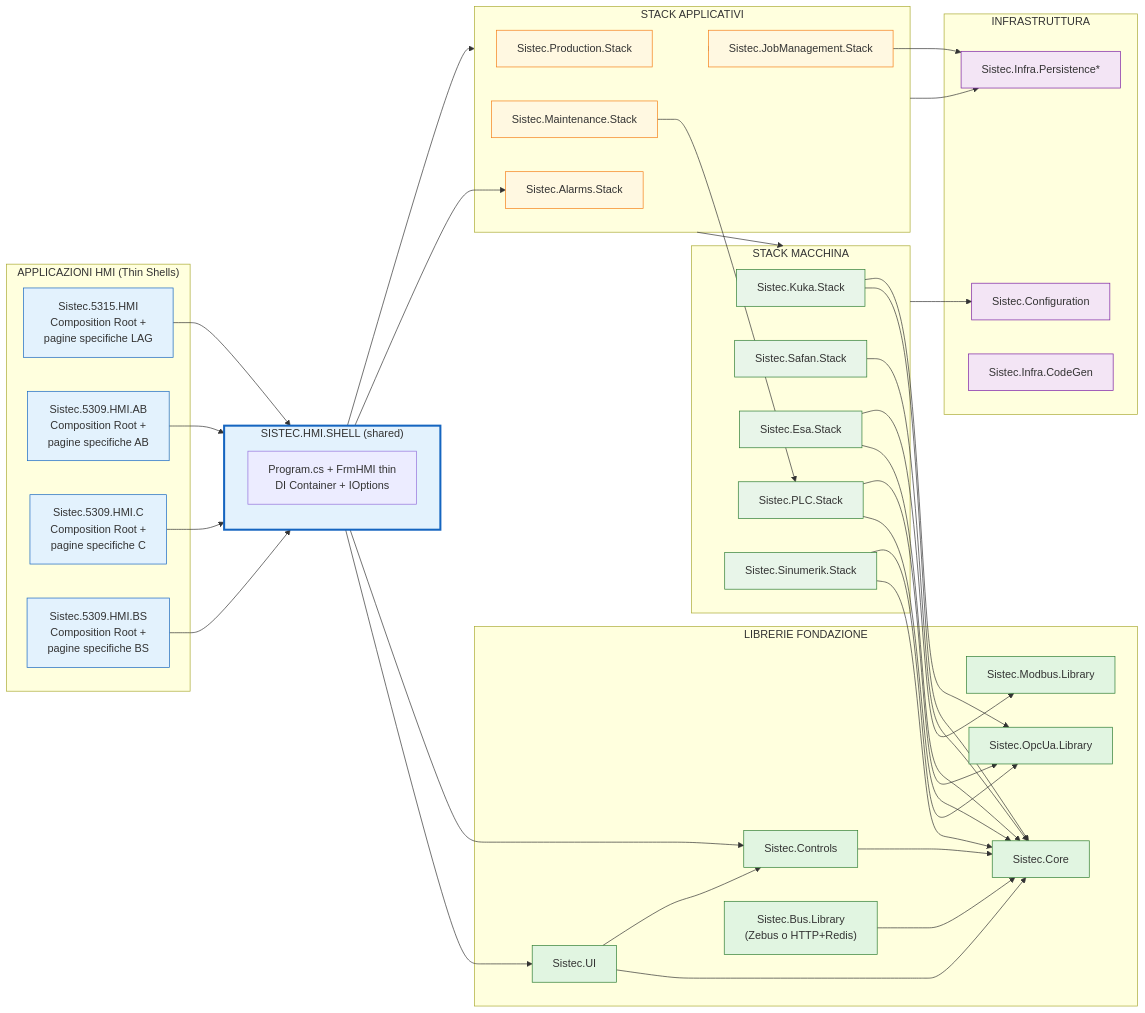
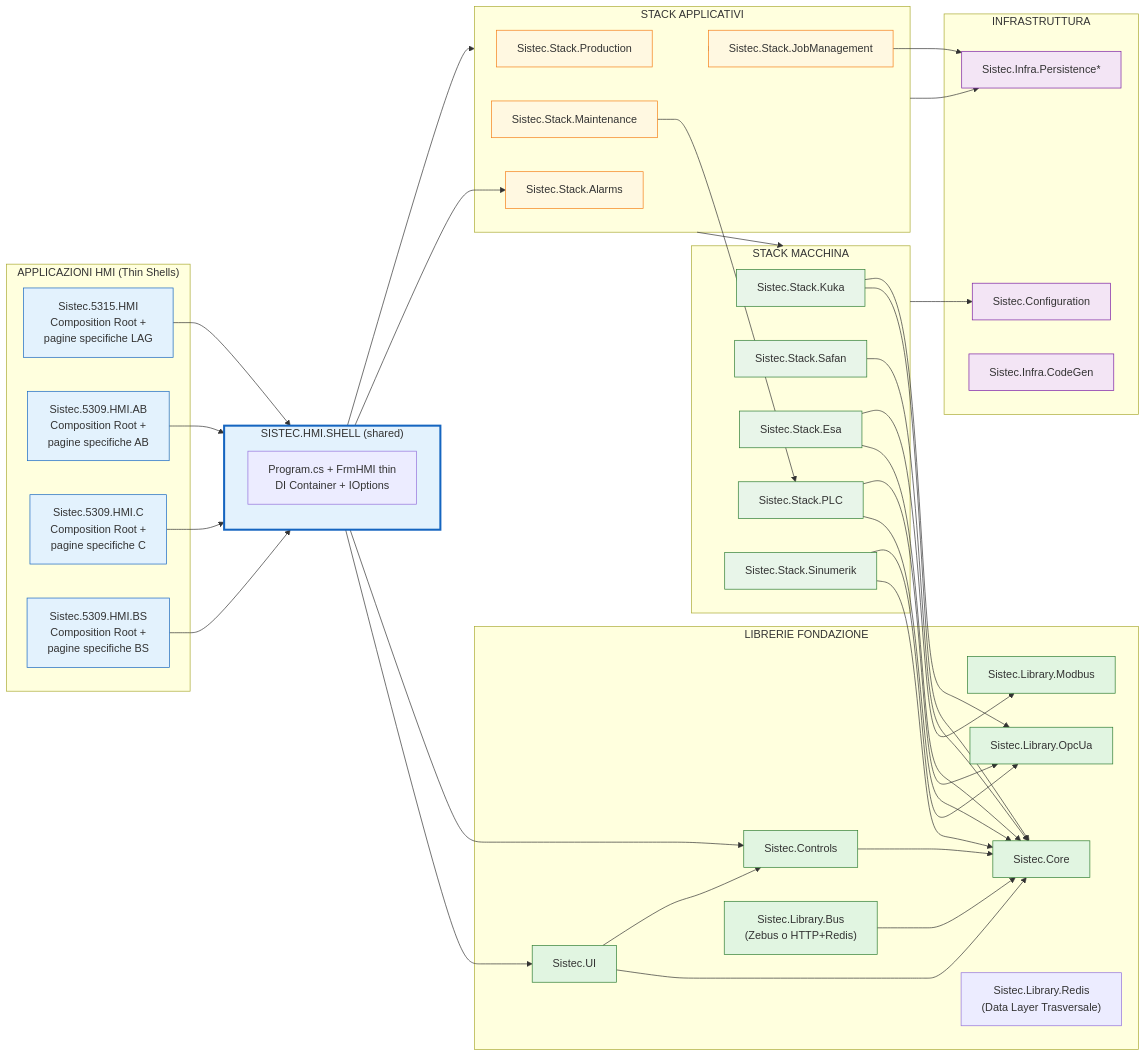
Before and after one commit to marc04AM/pellucida: the eighth of 40 diagrams in analisi-unificata.md, drawn with Mermaid. The commit also changed other lines of this file and 1 other file, not shown here.

First line of the commit message:
feat: Redis come data layer trasversale + parallelo a Zebus

```diff
--- a/analisi-unificata.md
+++ b/analisi-unificata.md
@@ -520,27 +523,28 @@
     end
 
     subgraph Prod_Stacks["STACK APPLICATIVI"]
-        Prod["Sistec.Production.Stack"]
-        Job["Sistec.JobManagement.Stack"]
-        Maint["Sistec.Maintenance.Stack"]
-        Alarm["Sistec.Alarms.Stack"]
+        Prod["Sistec.Stack.Production"]
+        Job["Sistec.Stack.JobManagement"]
+        Maint["Sistec.Stack.Maintenance"]
+        Alarm["Sistec.Stack.Alarms"]
     end
 
     subgraph Machine_Stacks["STACK MACCHINA"]
-        Kuka["Sistec.Kuka.Stack"]
-        Safan["Sistec.Safan.Stack"]
-        Esa["Sistec.Esa.Stack"]
-        Plc["Sistec.PLC.Stack"]
-        Sinu["Sistec.Sinumerik.Stack"]
+        Kuka["Sistec.Stack.Kuka"]
+        Safan["Sistec.Stack.Safan"]
+        Esa["Sistec.Stack.Esa"]
+        Plc["Sistec.Stack.PLC"]
+        Sinu["Sistec.Stack.Sinumerik"]
     end
 
     subgraph Libraries["LIBRERIE FONDAZIONE"]
         Core["Sistec.Core"]
         Controls["Sistec.Controls"]
         SUI["Sistec.UI"]
-        OPC["Sistec.OpcUa.Library"]
-        Modbus["Sistec.Modbus.Library"]
-        Bus["Sistec.Bus.Library<br/>(Zebus o HTTP+Redis)"]
+        OPC["Sistec.Library.OpcUa"]
+        Modbus["Sistec.Library.Modbus"]
+        Bus["Sistec.Library.Bus<br/>(Zebus o HTTP+Redis)"]
+        RLib["Sistec.Library.Redis<br/>(Data Layer Trasversale)"]
     end
 
     subgraph Infra["INFRASTRUTTURA"]
```
